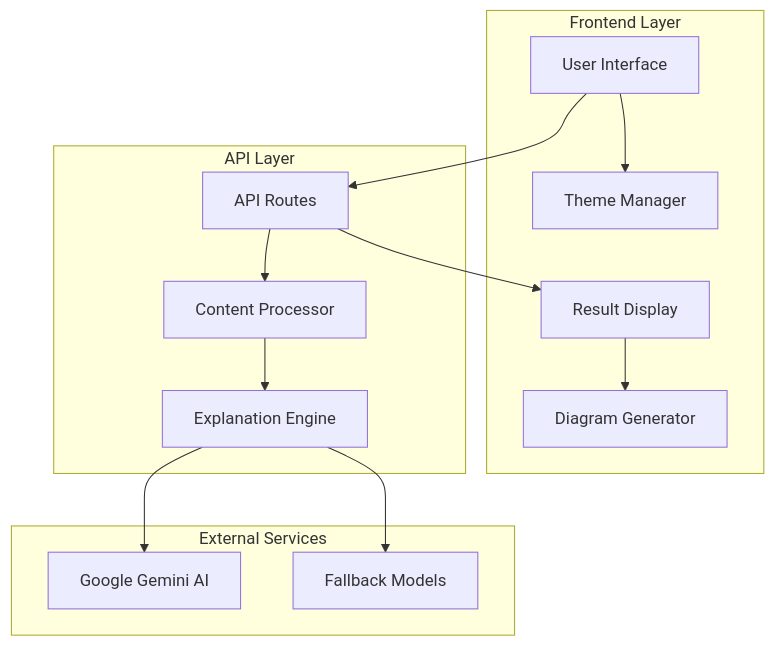
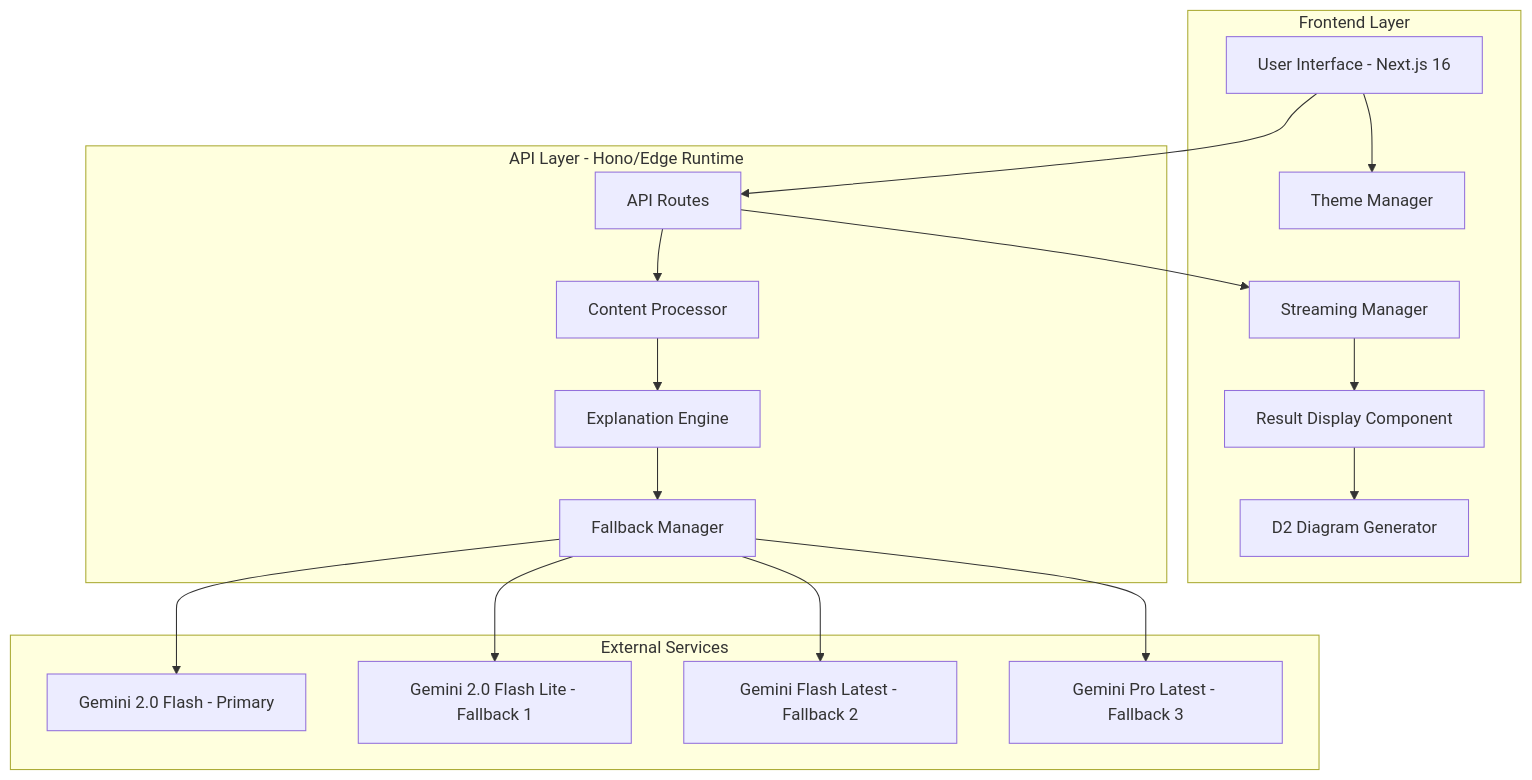
Before and after one commit to DibbayajyotiRoy/ai-for-bharat: the diagram in .kiro/specs/learning-copilot/design.md, drawn with Mermaid. The commit also changed other lines of this file and 1 other file, not shown here.

Commit message:
feat: Migrate diagramming from Mermaid to D2, detail Gemini AI model strategy and fallback mechanisms, update core tech stack versions, and introduce new UX features for keyboard shortcuts and content management.

````diff
--- a/.kiro/specs/learning-copilot/design.md
+++ b/.kiro/specs/learning-copilot/design.md
@@ -13,29 +13,37 @@
 ```mermaid
 graph TB
     subgraph "Frontend Layer"
-        UI[User Interface]
-        RD[Result Display]
-        DG[Diagram Generator]
+        UI[User Interface - Next.js 16]
+        RD[Result Display Component]
+        DG[D2 Diagram Generator]
         TM[Theme Manager]
+        SM[Streaming Manager]
     end
     
-    subgraph "API Layer"
+    subgraph "API Layer - Hono/Edge Runtime"
         AR[API Routes]
         CP[Content Processor]
         EE[Explanation Engine]
+        FM[Fallback Manager]
     end
     
     subgraph "External Services"
-        GM[Google Gemini AI]
-        FB[Fallback Models]
+        GM1[Gemini 2.0 Flash - Primary]
+        GM2[Gemini 2.0 Flash Lite - Fallback 1]
+        GM3[Gemini Flash Latest - Fallback 2]
+        GM4[Gemini Pro Latest - Fallback 3]
     end
     
     UI --> AR
     AR --> CP
     CP --> EE
-    EE --> GM
-    EE --> FB
-    AR --> RD
+    EE --> FM
+    FM --> GM1
+    FM --> GM2
+    FM --> GM3
+    FM --> GM4
+    AR --> SM
+    SM --> RD
     RD --> DG
     UI --> TM
 ```
````
